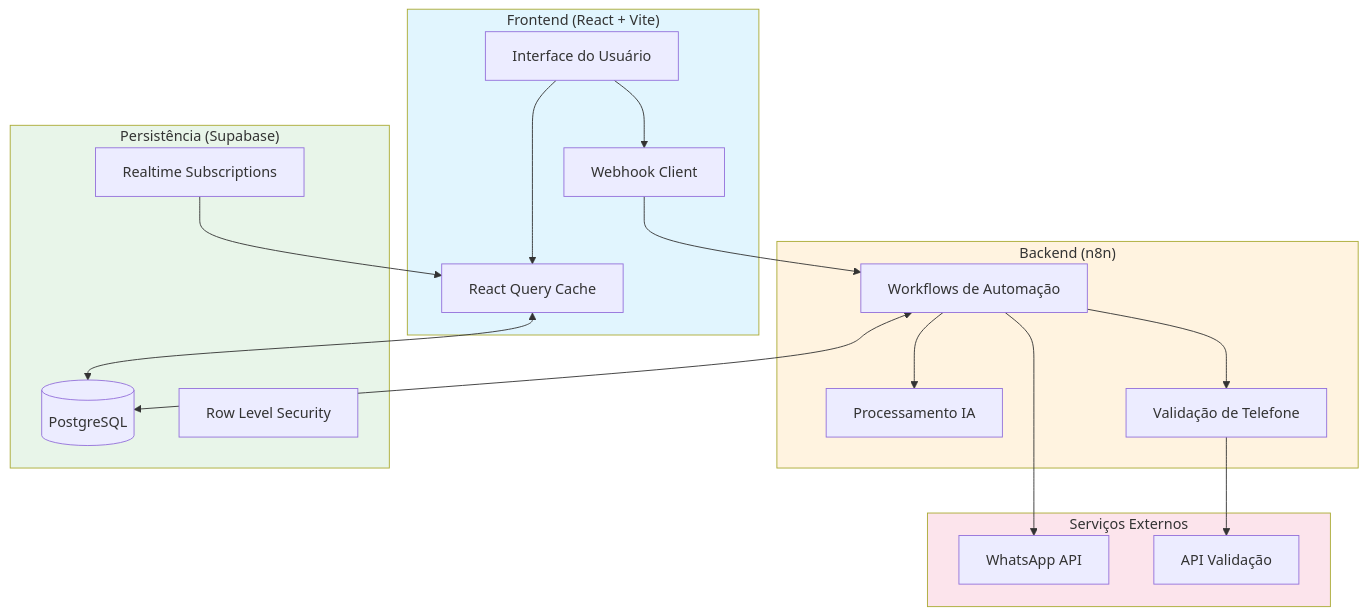
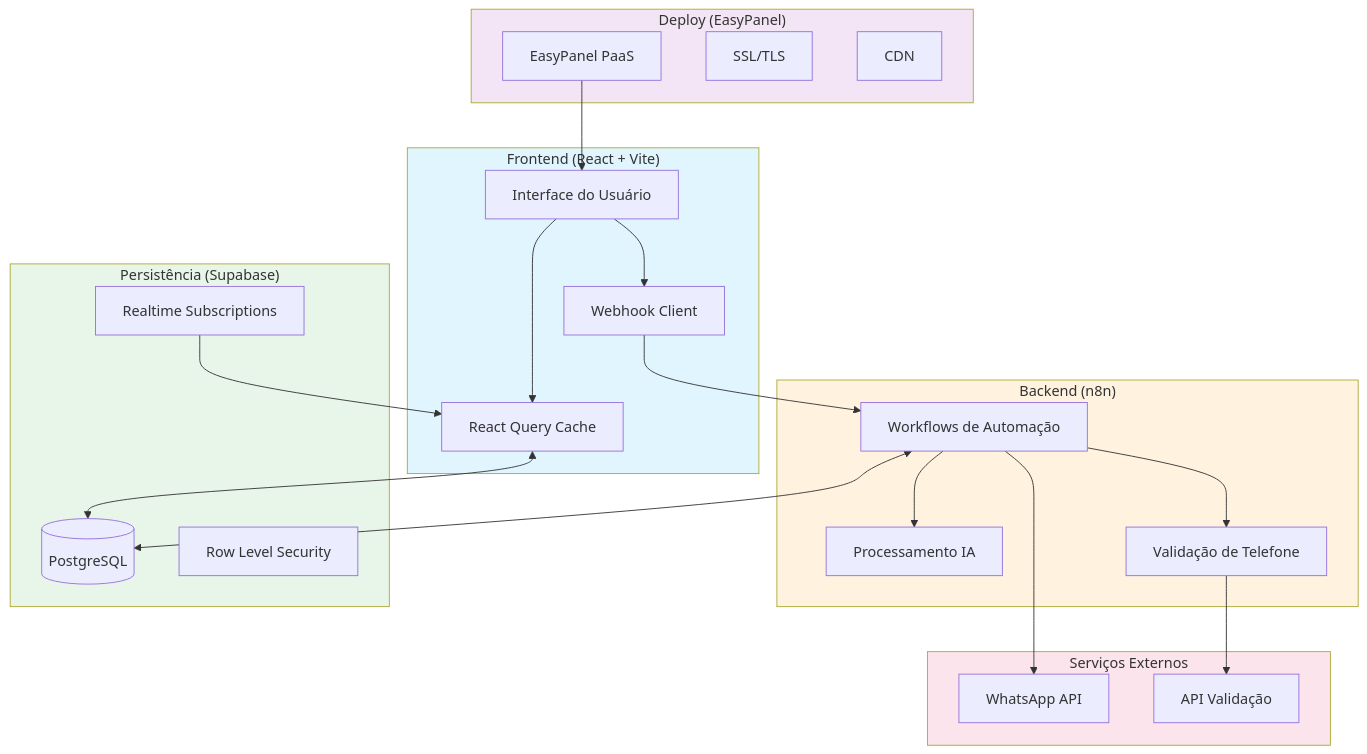
Before and after one commit to n4liice/leadflow: the fifth of 6 diagrams in leadflow-pro/DOCUMENTATION.md, drawn with Mermaid. The commit also changed other lines of this file and 7 other files, not shown here.

````diff
--- a/leadflow-pro/DOCUMENTATION.md
+++ b/leadflow-pro/DOCUMENTATION.md
@@ -1185,41 +1264,49 @@
 ```mermaid
 flowchart TB
     subgraph Frontend["Frontend (React + Vite)"]
         UI[Interface do Usuário]
         RQ[React Query Cache]
         WH[Webhook Client]
     end
 
     subgraph Backend["Backend (n8n)"]
         WF[Workflows de Automação]
         AI[Processamento IA]
         VAL[Validação de Telefone]
     end
 
     subgraph Database["Persistência (Supabase)"]
         PG[(PostgreSQL)]
         RT[Realtime Subscriptions]
         RLS[Row Level Security]
     end
 
     subgraph External["Serviços Externos"]
         WA[WhatsApp API]
         VALID[API Validação]
     end
 
+    subgraph Deploy["Deploy (EasyPanel)"]
+        EP[EasyPanel PaaS]
+        SSL[SSL/TLS]
+        CDN[CDN]
+    end
+
     UI --> RQ
     RQ <--> PG
     UI --> WH
     WH --> WF
     WF --> AI
     WF --> VAL
     WF <--> PG
     WF --> WA
     VAL --> VALID
     RT --> RQ
+    EP --> UI
 
     style Frontend fill:#e1f5fe
     style Backend fill:#fff3e0
     style Database fill:#e8f5e9
     style External fill:#fce4ec
+    style Deploy fill:#f3e5f5
 ```
````
